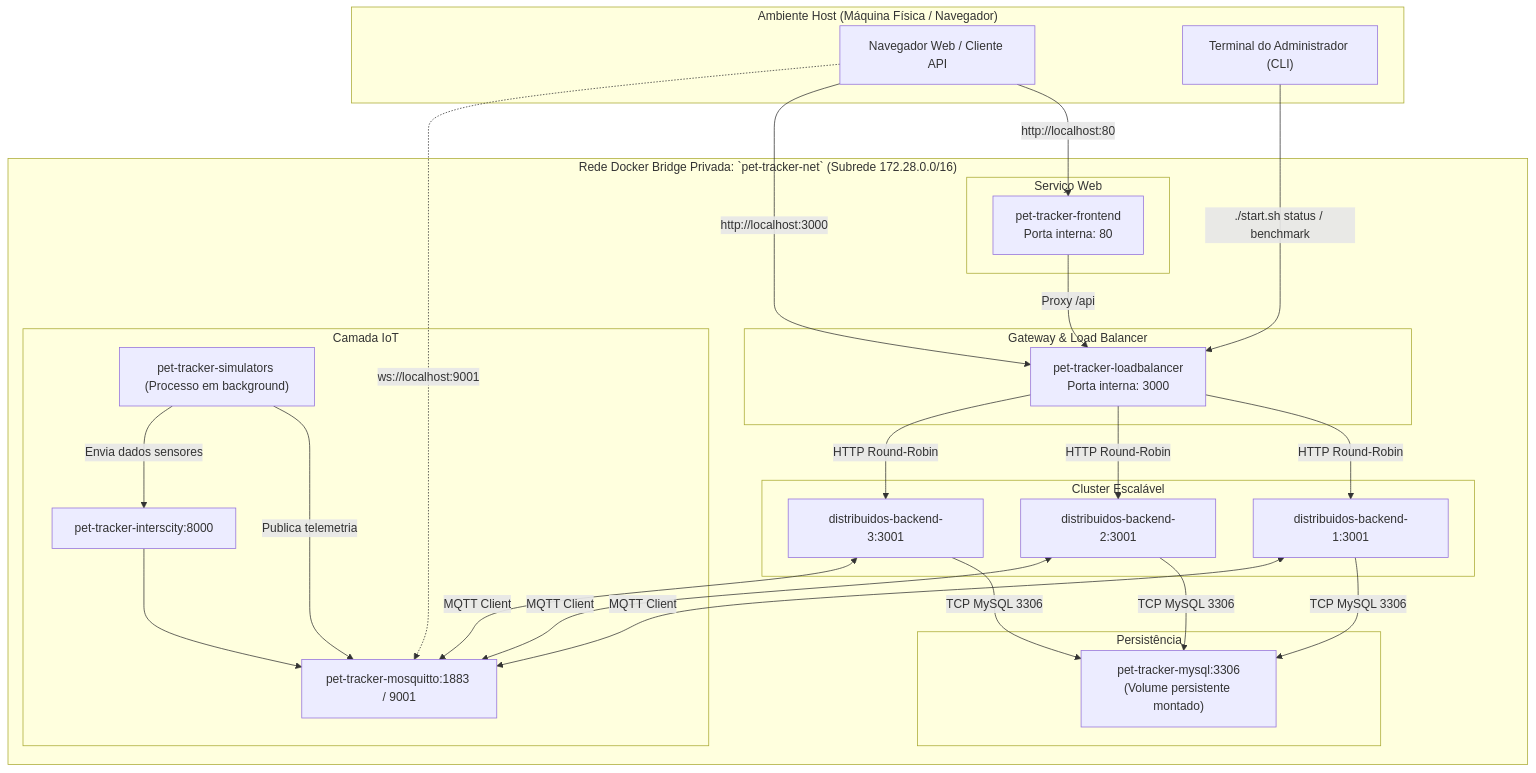
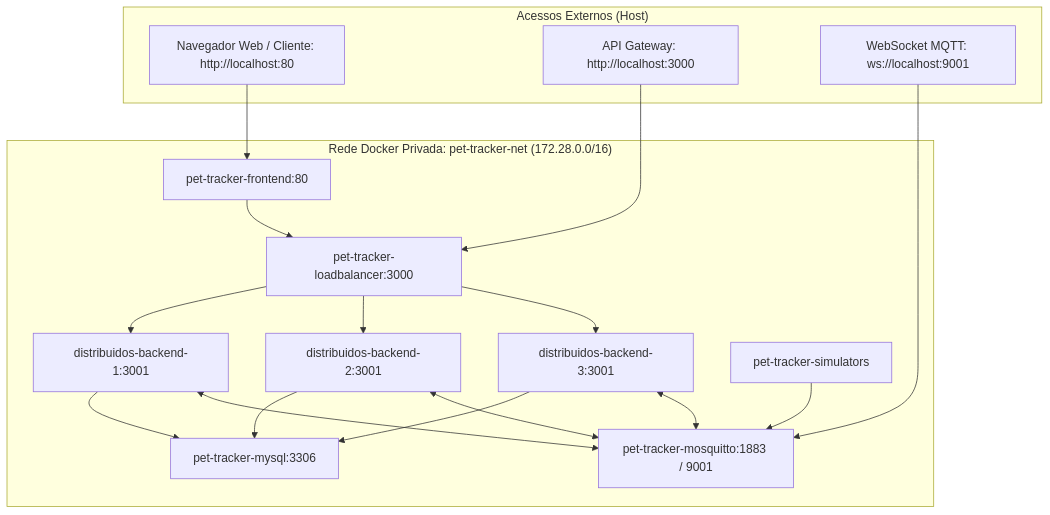
The sixth of 6 diagrams in FLUXOGRAMA.md (Kauane03/Distribuidos), drawn with Mermaid before and after one commit. The commit also changed other lines of this file, not shown here.

Commit message:
docs: implementa diagramas de atividade com sintaxe PlantUML beta em FLUXOGRAMA.md

````diff
--- a/FLUXOGRAMA.md
+++ b/FLUXOGRAMA.md
@@ -212,56 +316,29 @@
 ```mermaid
 flowchart TB
-    subgraph HOST["Ambiente Host (Máquina Física / Navegador)"]
-        BROWSER["Navegador Web / Cliente API"]
-        TERMINAL["Terminal do Administrador (CLI)"]
+    subgraph EXTERNAL["Acessos Externos (Host)"]
+        BROWSER["Navegador Web / Cliente: http://localhost:80"]
+        API_GATEWAY["API Gateway: http://localhost:3000"]
+        MQTT_WS["WebSocket MQTT: ws://localhost:9001"]
     end
 
-    subgraph DOCKER_NET["Rede Docker Bridge Privada: `pet-tracker-net` (Subrede 172.28.0.0/16)"]
-        subgraph FRONTEND_SVC["Serviço Web"]
-            NGINX_FRONT["pet-tracker-frontend<br/>Porta interna: 80"]
-        end
-
-        subgraph GATEWAY_SVC["Gateway & Load Balancer"]
-            NGINX_LB["pet-tracker-loadbalancer<br/>Porta interna: 3000"]
-        end
-
-        subgraph BACKEND_SVC["Cluster Escalável"]
-            B_REP1["distribuidos-backend-1:3001"]
-            B_REP2["distribuidos-backend-2:3001"]
-            B_REP3["distribuidos-backend-3:3001"]
-        end
-
-        subgraph IOT_SVC["Camada IoT"]
-            MOSQ["pet-tracker-mosquitto:1883 / 9001"]
-            INTER["pet-tracker-interscity:8000"]
-            SIMS["pet-tracker-simulators (Processo em background)"]
-        end
-
-        subgraph DATA_SVC["Persistência"]
-            DB_NODE["pet-tracker-mysql:3306<br/>(Volume persistente montado)"]
-        end
+    subgraph DOCKER_NET["Rede Docker Privada: pet-tracker-net (172.28.0.0/16)"]
+        FRONT["pet-tracker-frontend:80"]
+        LB["pet-tracker-loadbalancer:3000"]
+        REP1["distribuidos-backend-1:3001"]
+        REP2["distribuidos-backend-2:3001"]
+        REP3["distribuidos-backend-3:3001"]
+        DB["pet-tracker-mysql:3306"]
+        MOSQ["pet-tracker-mosquitto:1883 / 9001"]
+        SIM["pet-tracker-simulators"]
     end
 
-    %% Mapeamentos de porta Host -> Docker
-    BROWSER -->|"http://localhost:80"| NGINX_FRONT
-    BROWSER -->|"http://localhost:3000"| NGINX_LB
-    TERMINAL -->|"./start.sh status / benchmark"| NGINX_LB
-    BROWSER -.->|"ws://localhost:9001"| MOSQ
+    BROWSER --> FRONT
+    API_GATEWAY --> LB
+    MQTT_WS --> MOSQ
 
-    %% Comunicação interna
-    NGINX_FRONT -->|"Proxy /api"| NGINX_LB
-    NGINX_LB -->|"HTTP Round-Robin"| B_REP1
-    NGINX_LB -->|"HTTP Round-Robin"| B_REP2
-    NGINX_LB -->|"HTTP Round-Robin"| B_REP3
-
-    B_REP1 -->|"TCP MySQL 3306"| DB_NODE
-    B_REP2 -->|"TCP MySQL 3306"| DB_NODE
-    B_REP3 -->|"TCP MySQL 3306"| DB_NODE
-
-    SIMS -->|"Publica telemetria"| MOSQ
-    SIMS -->|"Envia dados sensores"| INTER
-    INTER --> MOSQ
-    B_REP1 <-->|"MQTT Client"| MOSQ
-    B_REP2 <-->|"MQTT Client"| MOSQ
-    B_REP3 <-->|"MQTT Client"| MOSQ
+    FRONT --> LB
+    LB --> REP1 & REP2 & REP3
+    REP1 & REP2 & REP3 --> DB
+    REP1 & REP2 & REP3 <--> MOSQ
+    SIM --> MOSQ
 ```
````
